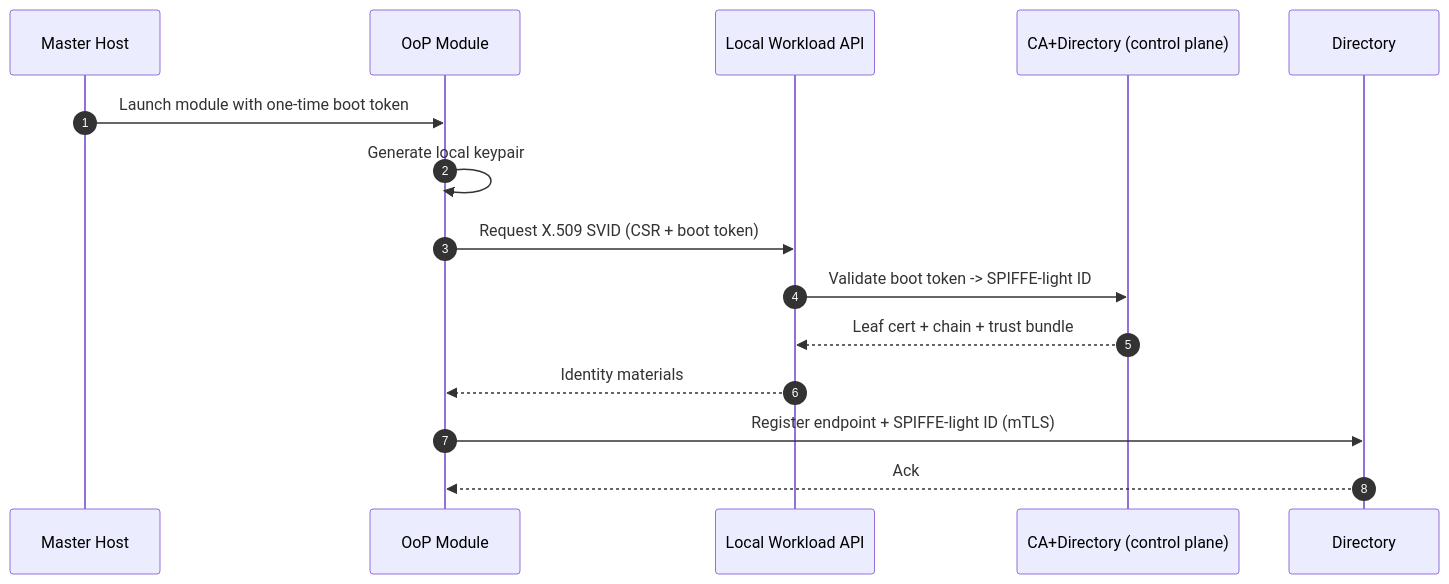
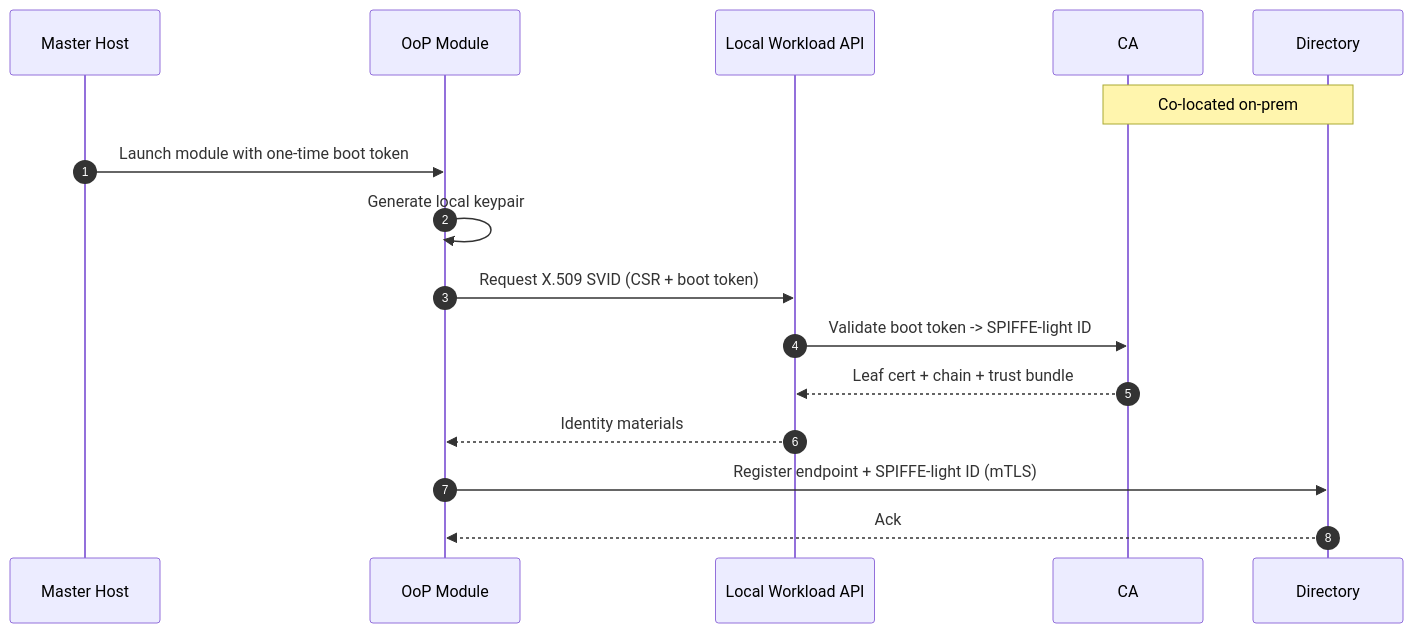
Before and after one commit to MikeFalcon77/modkit-zero-trust: the second of 5 diagrams in modkit_zero_trust.MD, drawn with Mermaid. The commit also changed other lines of this file, not shown here.

First line of the commit message:
feat(zero-trust v2): clarify STS role, SPIFFE usage, bootstrap flows, and enforcement boundaries

````diff
--- a/modkit_zero_trust.MD
+++ b/modkit_zero_trust.MD
@@ -1230,19 +979,20 @@
 ```mermaid
 sequenceDiagram
   autonumber
   participant MH as Master Host
   participant MOD as OoP Module
   participant WAPI as Local Workload API
-  participant CA as CA+Directory (control plane)
+  participant CA as CA
   participant DIR as Directory
-  %% Note: CA and DIR may be co-located on-prem; the API endpoints remain distinct in this diagram.
+
+  Note over CA,DIR: Co-located on-prem
 
   MH->>MOD: Launch module with one-time boot token
   MOD->>MOD: Generate local keypair
   MOD->>WAPI: Request X.509 SVID (CSR + boot token)
   WAPI->>CA: Validate boot token -> SPIFFE-light ID
   CA-->>WAPI: Leaf cert + chain + trust bundle
   WAPI-->>MOD: Identity materials
   MOD->>DIR: Register endpoint + SPIFFE-light ID (mTLS)
   DIR-->>MOD: Ack
 ```
````
